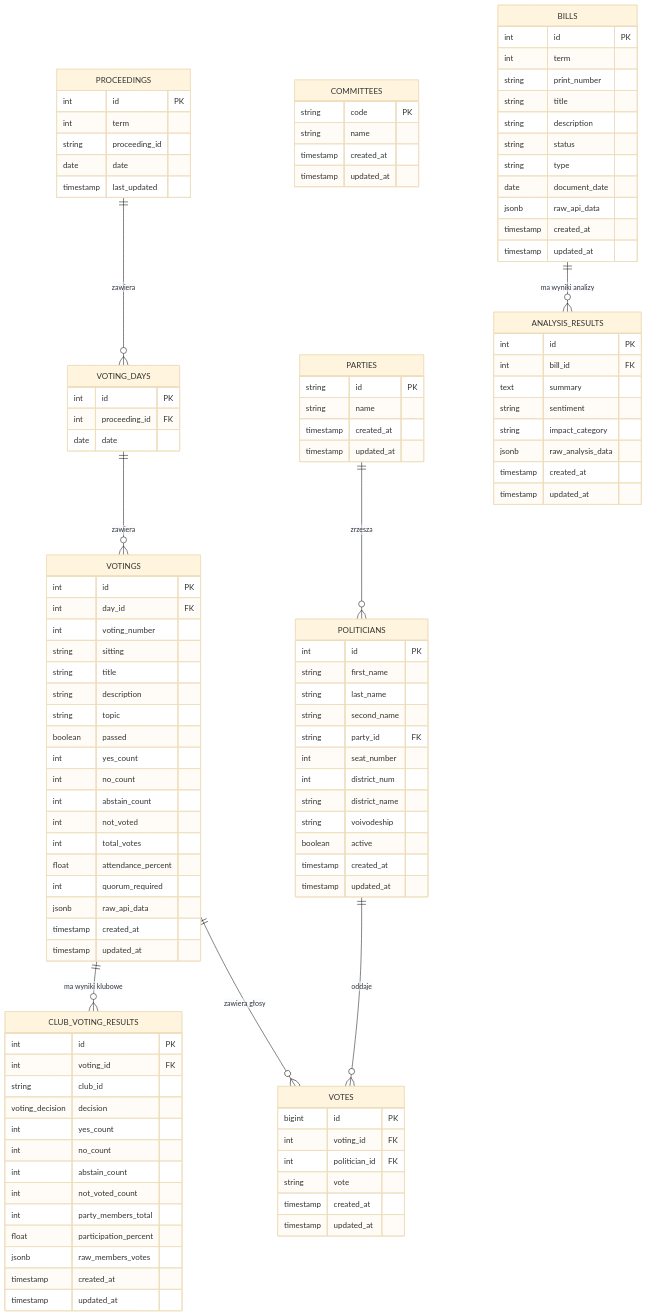
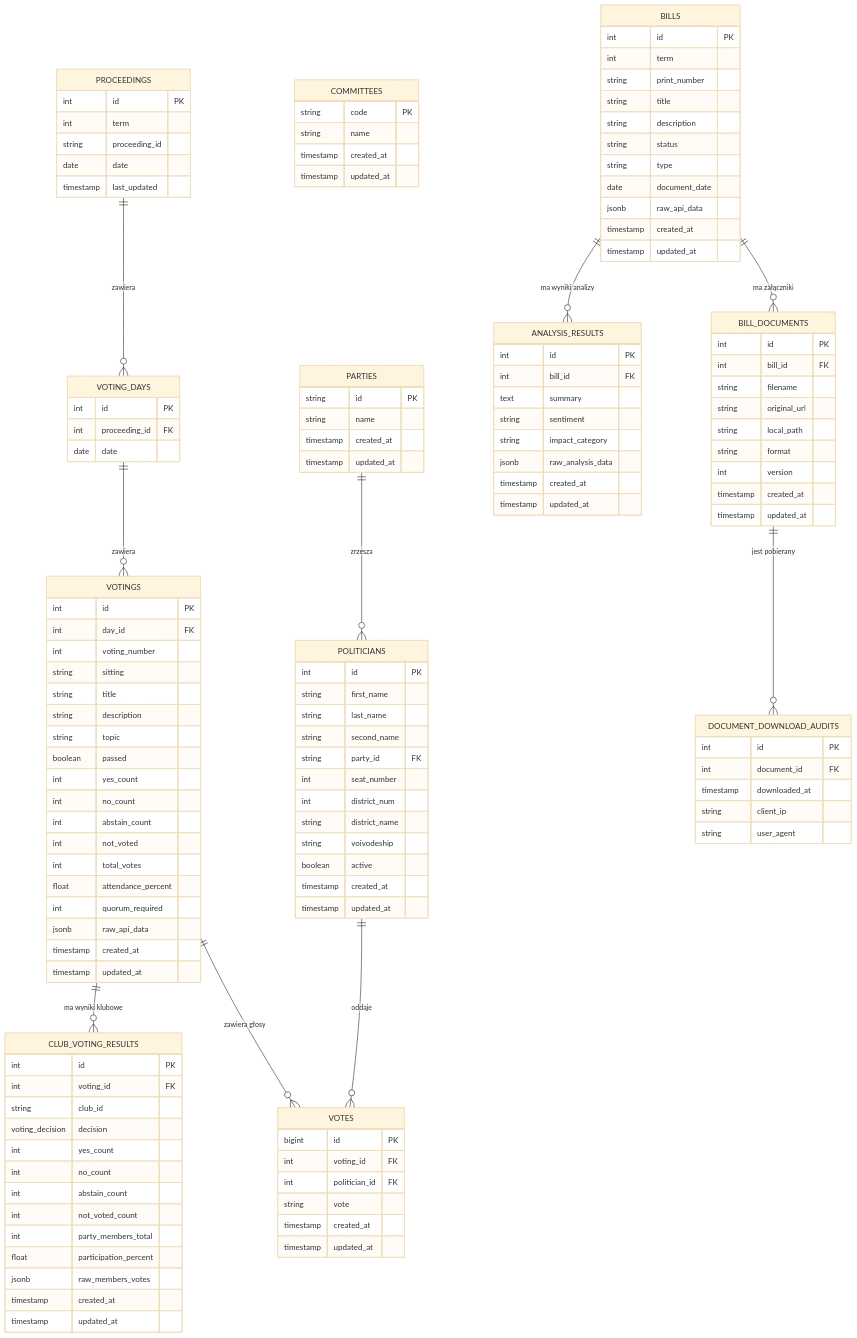
One commit to Szymon110903/CivicTechSejm changed the diagram in docs/database.md. Above: the diagram before and after it, drawn with Mermaid (base theme). The commit also changed 3 other files, not shown here.

Commit message:
docs - client api, frontend api, and database schema

````diff
--- a/docs/database.md
+++ b/docs/database.md
@@ -123,6 +123,24 @@
         timestamp created_at
         timestamp updated_at
     }
+    BILL_DOCUMENTS {
+        int id PK
+        int bill_id FK
+        string filename
+        string original_url
+        string local_path
+        string format
+        int version
+        timestamp created_at
+        timestamp updated_at
+    }
+    DOCUMENT_DOWNLOAD_AUDITS {
+        int id PK
+        int document_id FK
+        timestamp downloaded_at
+        string client_ip
+        string user_agent
+    }
 
     PROCEEDINGS ||--o{ VOTING_DAYS : "zawiera"
     VOTING_DAYS ||--o{ VOTINGS : "zawiera"
@@ -131,4 +149,6 @@
     POLITICIANS ||--o{ VOTES : "oddaje"
     PARTIES ||--o{ POLITICIANS : "zrzesza"
     BILLS ||--o{ ANALYSIS_RESULTS : "ma wyniki analizy"
+    BILLS ||--o{ BILL_DOCUMENTS : "ma załączniki"
+    BILL_DOCUMENTS ||--o{ DOCUMENT_DOWNLOAD_AUDITS : "jest pobierany"
 ```
````
